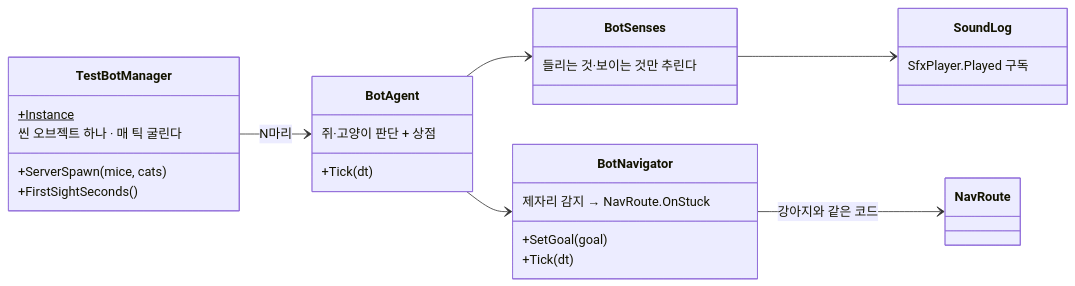
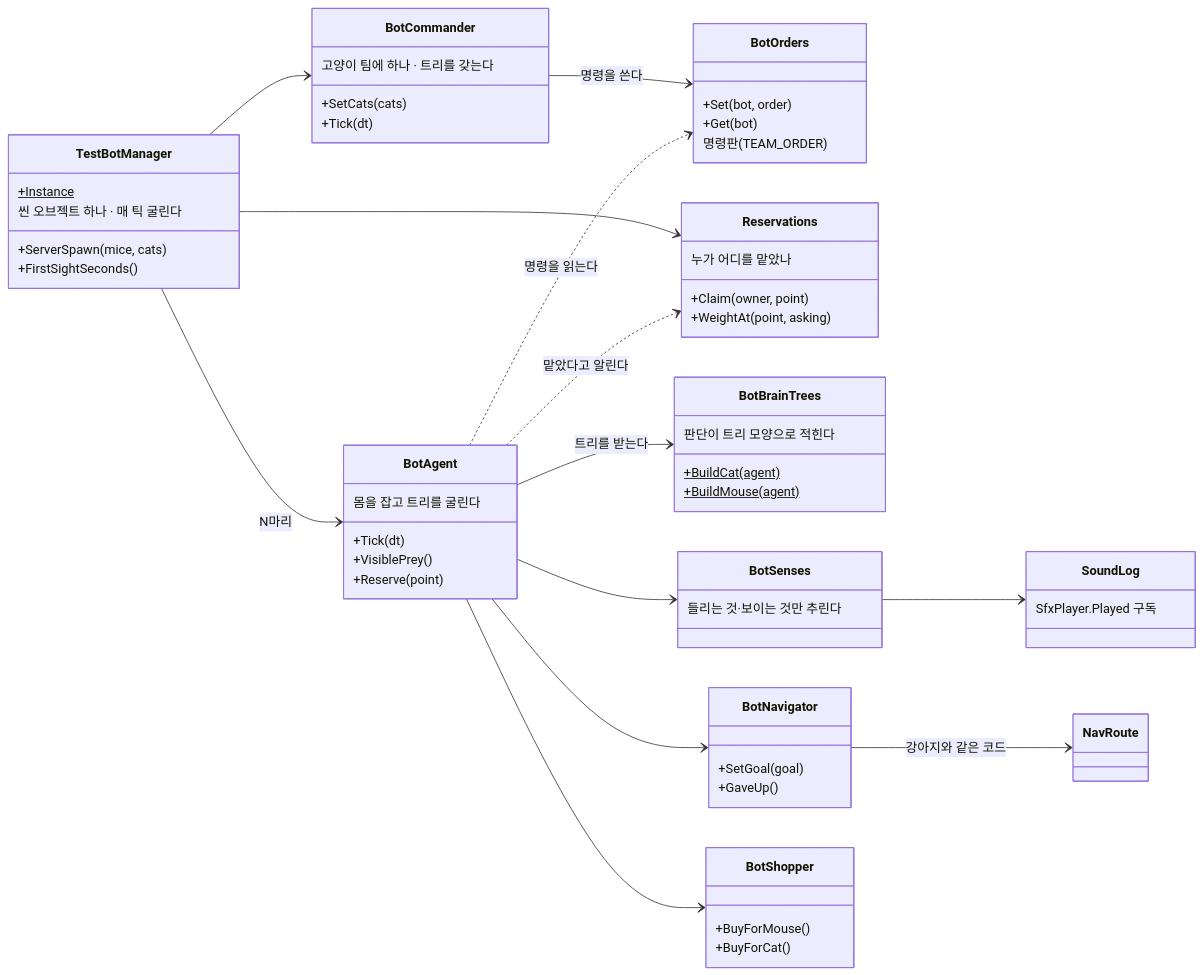
Before and after one commit to JeahanPark/The-Cheese-Thief-and-the-Cat: the ninth of 17 diagrams in CTC/docs/design-vault/코드 다이어그램.md, drawn with Mermaid. The commit also changed other lines of this file and 1 other file, not shown here.

First line of the commit message:
docs: 코드 다이어그램 — 행동트리·예약·지휘관 반영

````diff
--- a/CTC/docs/design-vault/코드 다이어그램.md
+++ b/CTC/docs/design-vault/코드 다이어그램.md
@@ -396,32 +396,65 @@
 ```mermaid
 classDiagram
     direction LR
+
     class TestBotManager {
         +Instance$
         +ServerSpawn(mice, cats)
         +FirstSightSeconds()
         씬 오브젝트 하나 · 매 틱 굴린다
     }
+    class BotCommander {
+        +SetCats(cats)
+        +Tick(dt)
+        고양이 팀에 하나 · 트리를 갖는다
+    }
+    class BotOrders {
+        +Set(bot, order)
+        +Get(bot)
+        명령판 (TEAM_ORDER)
+    }
+    class Reservations {
+        +Claim(owner, point)
+        +WeightAt(point, asking)
+        누가 어디를 맡았나
+    }
     class BotAgent {
         +Tick(dt)
-        쥐·고양이 판단 + 상점
+        +VisiblePrey()
+        +Reserve(point)
+        몸을 잡고 트리를 굴린다
+    }
+    class BotBrainTrees {
+        +BuildCat(agent)$
+        +BuildMouse(agent)$
+        판단이 트리 모양으로 적힌다
     }
     class BotSenses {
         들리는 것·보이는 것만 추린다
     }
     class BotNavigator {
         +SetGoal(goal)
-        +Tick(dt)
-        제자리 감지 → NavRoute.OnStuck
+        +GaveUp()
     }
-    class NavRoute
+    class BotShopper {
+        +BuyForMouse()
+        +BuyForCat()
+    }
     class SoundLog {
         SfxPlayer.Played 구독
     }
+    class NavRoute
 
     TestBotManager --> BotAgent : N마리
+    TestBotManager --> BotCommander
+    TestBotManager --> Reservations
+    BotCommander --> BotOrders : 명령을 쓴다
+    BotAgent ..> BotOrders : 명령을 읽는다
+    BotAgent ..> Reservations : 맡았다고 알린다
+    BotAgent --> BotBrainTrees : 트리를 받는다
     BotAgent --> BotSenses
     BotAgent --> BotNavigator
+    BotAgent --> BotShopper
     BotNavigator --> NavRoute : 강아지와 같은 코드
     BotSenses --> SoundLog
 ```
````
